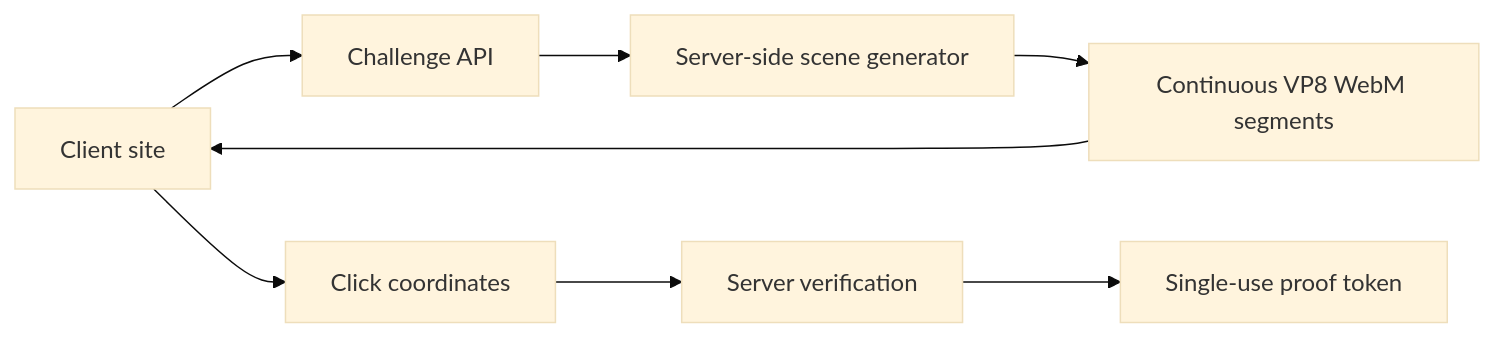
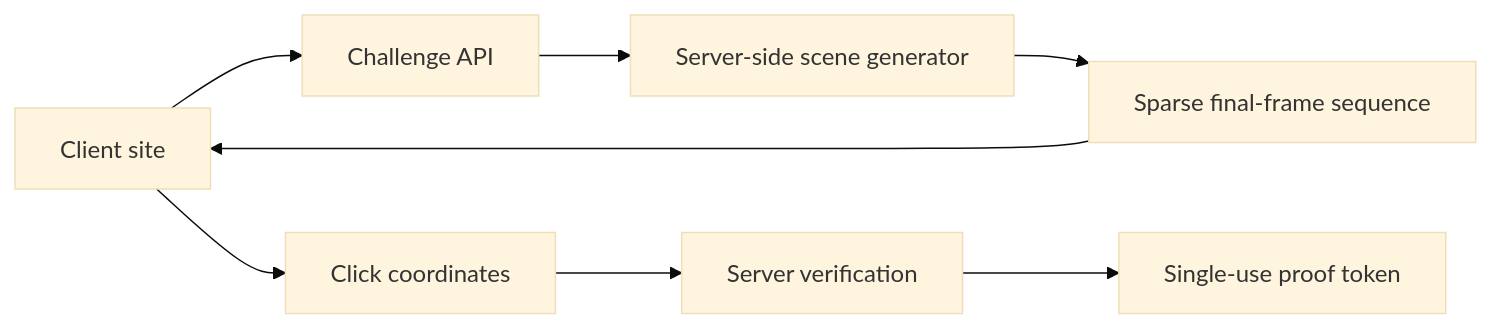
The second of 2 diagrams in README.md (EgrIkvlv/WHOIZE-CAPTCHA), drawn with Mermaid (base theme) before and after one commit. The commit also changed other lines of this file and 6 other files, not shown here.

````diff
--- a/README.md
+++ b/README.md
@@ -243,10 +243,10 @@
 ```mermaid
 flowchart LR
     A[Client site] --> B[Challenge API]
     B --> C[Server-side scene generator]
-    C --> D[Continuous VP8 WebM segments]
+    C --> D[Sparse final-frame sequence]
     D --> A
     A --> E[Click coordinates]
     E --> F[Server verification]
     F --> G[Single-use proof token]
 ```
````
